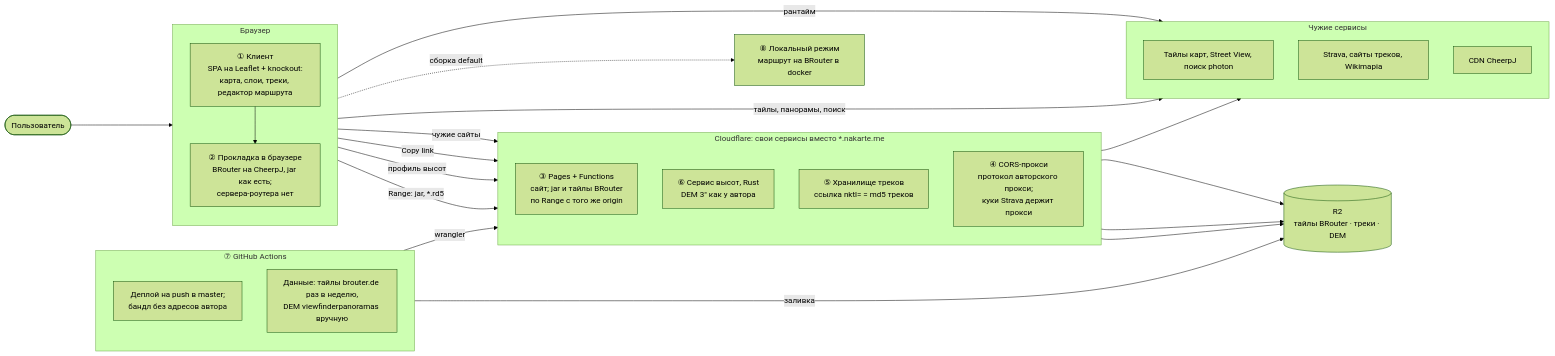
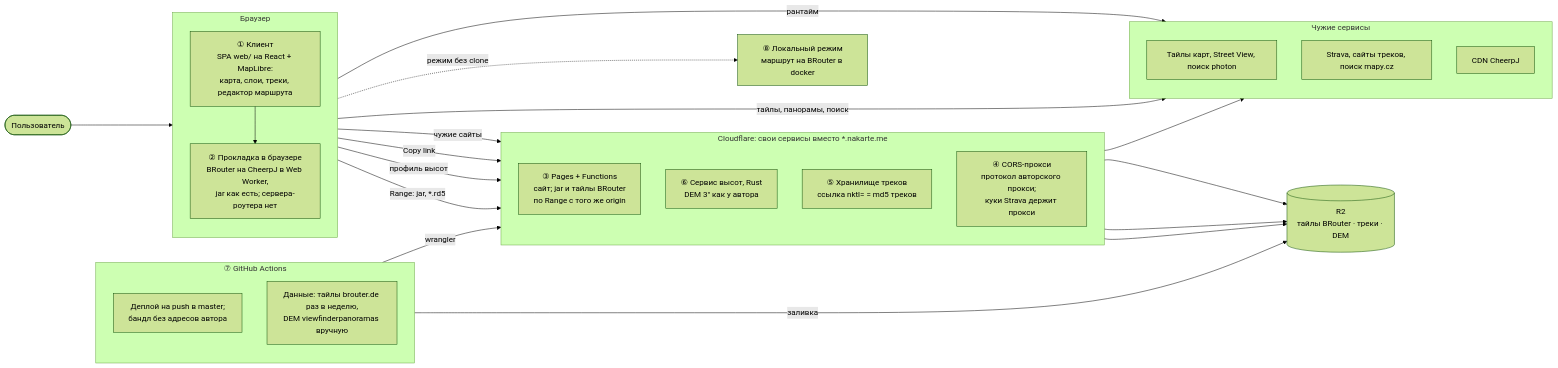
The first of 3 diagrams in docs/architecture/README.md (sergeycw/nakarte), drawn with Mermaid (forest theme) before and after one commit. The commit also changed other lines of this file and 17 other files, not shown here.

````diff
--- a/docs/architecture/README.md
+++ b/docs/architecture/README.md
@@ -11,51 +11,51 @@
 ```mermaid
 flowchart LR
     user(["Пользователь"])
 
     subgraph browser["Браузер"]
         direction TB
-        ui["① Клиент<br/>SPA на Leaflet + knockout:<br/>карта, слои, треки, редактор маршрута"]
-        engine["② Прокладка в браузере<br/>BRouter на CheerpJ, jar как есть;<br/>сервера-роутера нет"]
+        ui["① Клиент<br/>SPA web/ на React + MapLibre:<br/>карта, слои, треки, редактор маршрута"]
+        engine["② Прокладка в браузере<br/>BRouter на CheerpJ в Web Worker,<br/>jar как есть; сервера-роутера нет"]
     end
 
     subgraph cf["Cloudflare: свои сервисы вместо *.nakarte.me"]
         direction TB
         pages["③ Pages + Functions<br/>сайт; jar и тайлы BRouter<br/>по Range с того же origin"]
         elev["⑥ Сервис высот, Rust<br/>DEM 3″ как у автора"]
         tracks["⑤ Хранилище треков<br/>ссылка nktl= = md5 треков"]
         proxy["④ CORS-прокси<br/>протокол авторского прокси;<br/>куки Strava держит прокси"]
     end
 
     r2[("R2<br/>тайлы BRouter · треки · DEM")]
 
     subgraph gha["⑦ GitHub Actions"]
         direction TB
         deploy["Деплой на push в master;<br/>бандл без адресов автора"]
         data["Данные: тайлы brouter.de раз в неделю,<br/>DEM viewfinderpanoramas вручную"]
     end
 
     subgraph ext["Чужие сервисы"]
         direction TB
         maps["Тайлы карт, Street View, поиск photon"]
-        sites["Strava, сайты треков, Wikimapia"]
+        sites["Strava, сайты треков, поиск mapy.cz"]
         cdn["CDN CheerpJ"]
     end
 
     local["⑧ Локальный режим<br/>маршрут на BRouter в docker"]
 
     user --> ui
     ui --> engine
     engine -->|"Range: jar, *.rd5"| pages
     ui -->|"профиль высот"| elev
     ui -->|"Copy link"| tracks
     ui -->|"чужие сайты"| proxy
     pages --> r2
     elev --> r2
     tracks --> r2
     deploy -->|"wrangler"| cf
     data -->|"заливка"| r2
     ui -->|"тайлы, панорамы, поиск"| maps
     proxy --> sites
     engine -->|"рантайм"| cdn
-    ui -.->|"сборка default"| local
+    ui -.->|"режим без clone"| local
 ```
````
